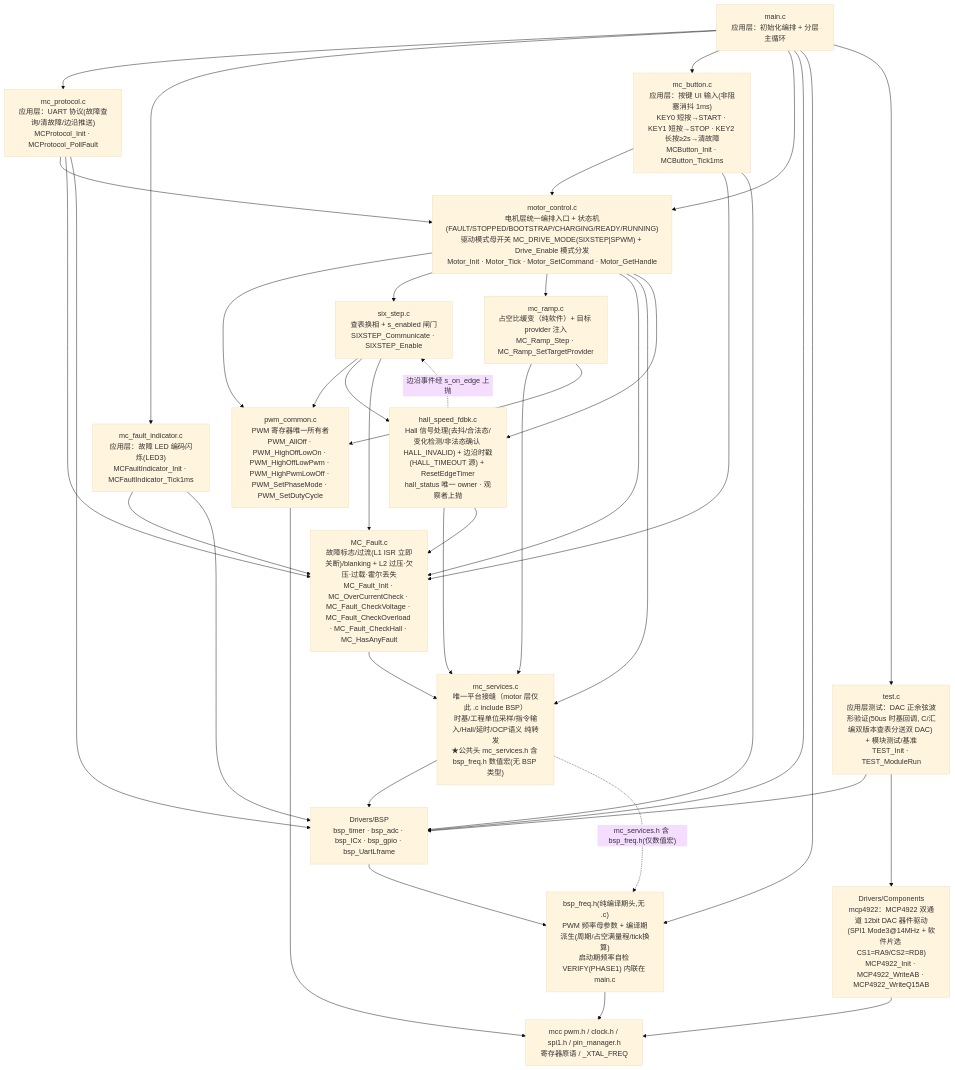
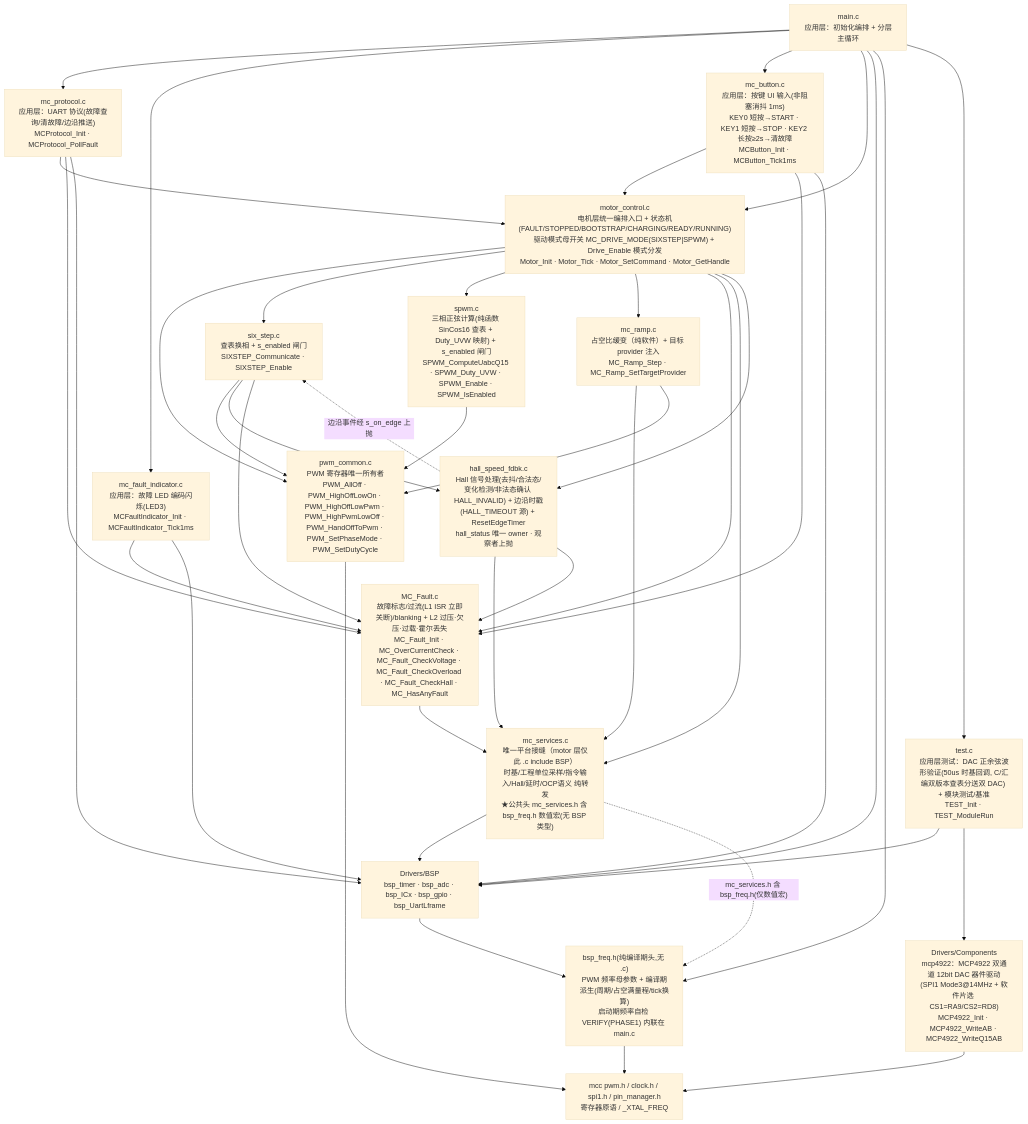
One commit to gaolang-oops/Hello_MCC.X changed the first of 3 diagrams in Architecture.md. Above: the diagram before and after it, drawn with Mermaid (base theme). The commit also changed other lines of this file and 5 other files, not shown here.

````diff
--- a/Architecture.md
+++ b/Architecture.md
@@ -8,58 +8,61 @@
 ```mermaid
 flowchart TD
     APP["main.c<br/>应用层：初始化编排 + 分层主循环"]
     TEST["test.c<br/>应用层测试：DAC 正余弦波形验证(50us 时基回调, C/汇编双版本查表分送双 DAC) + 模块测试/基准<br/>TEST_Init · TEST_ModuleRun"]
     PROTO["mc_protocol.c<br/>应用层：UART 协议(故障查询/清故障/边沿推送)<br/>MCProtocol_Init · MCProtocol_PollFault"]
     IND["mc_fault_indicator.c<br/>应用层：故障 LED 编码闪烁(LED3)<br/>MCFaultIndicator_Init · MCFaultIndicator_Tick1ms"]
     BTN["mc_button.c<br/>应用层：按键 UI 输入(非阻塞消抖 1ms)<br/>KEY0 短按→START · KEY1 短按→STOP · KEY2 长按≥2s→清故障<br/>MCButton_Init · MCButton_Tick1ms"]
     MC["motor_control.c<br/>电机层统一编排入口 + 状态机(FAULT/STOPPED/BOOTSTRAP/CHARGING/READY/RUNNING)<br/>驱动模式母开关 MC_DRIVE_MODE(SIXSTEP|SPWM) + Drive_Enable 模式分发<br/>Motor_Init · Motor_Tick · Motor_SetCommand · Motor_GetHandle"]
     FLT["MC_Fault.c<br/>故障标志/过流(L1 ISR 立即关断)/blanking + L2 过压·欠压·过载·霍尔丢失<br/>MC_Fault_Init · MC_OverCurrentCheck · MC_Fault_CheckVoltage · MC_Fault_CheckOverload · MC_Fault_CheckHall · MC_HasAnyFault"]
     RAMP["mc_ramp.c<br/>占空比缓变（纯软件）+ 目标 provider 注入<br/>MC_Ramp_Step · MC_Ramp_SetTargetProvider"]
     SS["six_step.c<br/>查表换相 + s_enabled 闸门<br/>SIXSTEP_Communicate · SIXSTEP_Enable"]
-    PWMC["pwm_common.c<br/>PWM 寄存器唯一所有者<br/>PWM_AllOff · PWM_HighOffLowOn · PWM_HighOffLowPwm · PWM_HighPwmLowOff · PWM_SetPhaseMode · PWM_SetDutyCycle"]
+    SPWM["spwm.c<br/>三相正弦计算(纯函数 SinCos16 查表 + Duty_UVW 映射) + s_enabled 闸门<br/>SPWM_ComputeUabcQ15 · SPWM_Duty_UVW · SPWM_Enable · SPWM_IsEnabled"]
+    PWMC["pwm_common.c<br/>PWM 寄存器唯一所有者<br/>PWM_AllOff · PWM_HighOffLowOn · PWM_HighOffLowPwm · PWM_HighPwmLowOff · PWM_HandOffToPwm · PWM_SetPhaseMode · PWM_SetDutyCycle"]
     HALL["hall_speed_fdbk.c<br/>Hall 信号处理(去抖/合法态/变化检测/非法态确认 HALL_INVALID) + 边沿时戳(HALL_TIMEOUT 源) + ResetEdgeTimer<br/>hall_status 唯一 owner · 观察者上抛"]
     MCS["mc_services.c<br/>唯一平台接缝（motor 层仅此 .c include BSP）<br/>时基/工程单位采样/指令输入/Hall/延时/OCP语义 纯转发<br/>★公共头 mc_services.h 含 bsp_freq.h 数值宏(无 BSP 类型)"]
     MCC["mcc pwm.h / clock.h / spi1.h / pin_manager.h<br/>寄存器原语 / _XTAL_FREQ"]
     BSP["Drivers/BSP<br/>bsp_timer · bsp_adc · bsp_ICx · bsp_gpio · bsp_UartLframe"]
     COMP["Drivers/Components<br/>mcp4922：MCP4922 双通道 12bit DAC 器件驱动(SPI1 Mode3@14MHz + 软件片选 CS1=RA9/CS2=RD8)<br/>MCP4922_Init · MCP4922_WriteAB · MCP4922_WriteQ15AB"]
     FREQ["bsp_freq.h(纯编译期头,无 .c)<br/>PWM 频率母参数 + 编译期派生(周期/占空满量程/tick换算)<br/>启动期频率自检 VERIFY(PHASE1) 内联在 main.c"]
 
     APP --> PROTO
     APP --> IND
     APP --> BTN
     APP --> MC
     APP --> BSP
     APP --> FREQ
     APP --> TEST
     TEST --> BSP
     TEST --> COMP
     COMP --> MCC
     MC --> PWMC
     MC --> SS
+    MC --> SPWM
     MC --> RAMP
     MC --> FLT
     MC --> MCS
     MC --> HALL
     SS --> PWMC
     SS --> HALL
     SS --> FLT
+    SPWM --> PWMC
     RAMP --> MCS
     RAMP --> PWMC
     FLT --> MCS
     PWMC --> MCC
     HALL --> MCS
     HALL --> FLT
     MCS --> BSP
     PROTO --> MC
     PROTO --> FLT
     PROTO --> BSP
     IND --> FLT
     IND --> BSP
     BTN --> MC
     BTN --> FLT
     BTN --> BSP
     MCS -. "mc_services.h 含 bsp_freq.h(仅数值宏)" .-> FREQ
     BSP --> FREQ
     FREQ --> MCC
     HALL -. "边沿事件经 s_on_edge 上抛" .-> SS
 ```
````
